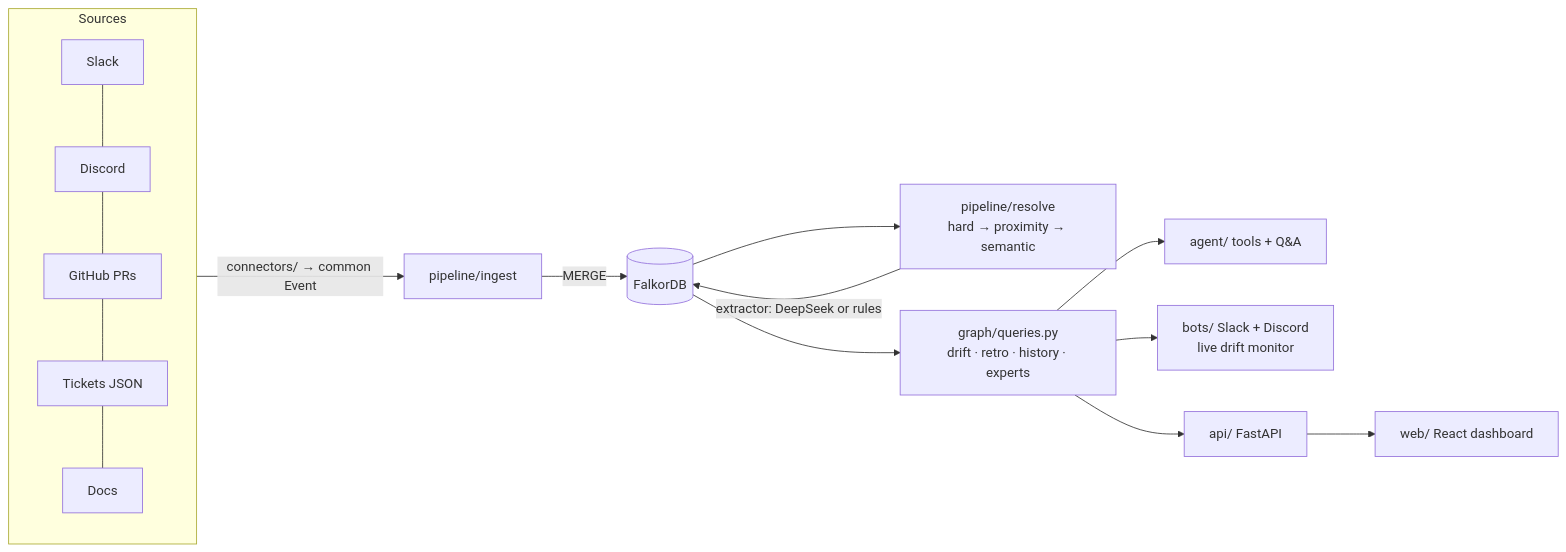
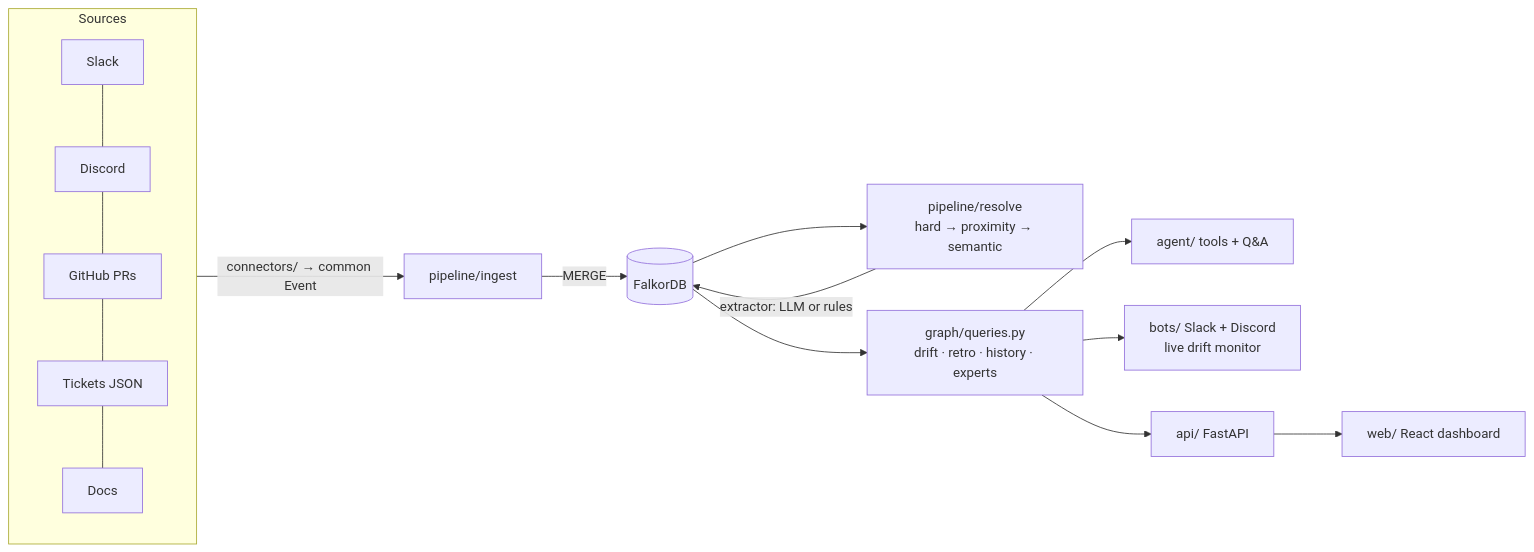
The first of 2 diagrams in README.md (ayushagarwalhere/company_brain), drawn with Mermaid before and after one commit. The commit also changed other lines of this file and 489 other files, not shown here.

````diff
--- a/README.md
+++ b/README.md
@@ -218,14 +208,14 @@
 ```mermaid
 flowchart LR
   subgraph Sources
     S[Slack] --- D[Discord] --- G[GitHub PRs] --- T[Tickets JSON] --- O[Docs]
   end
   Sources -->|connectors/ → common Event| I[pipeline/ingest]
   I -->|MERGE| F[(FalkorDB)]
   F --> R[pipeline/resolve<br/>hard → proximity → semantic]
-  R -->|extractor: DeepSeek or rules| F
+  R -->|extractor: LLM or rules| F
   F --> Q[graph/queries.py<br/>drift · retro · history · experts]
   Q --> A[agent/ tools + Q&A]
   Q --> B[bots/ Slack + Discord<br/>live drift monitor]
   Q --> API[api/ FastAPI] --> UI[web/ React dashboard]
 ```
````
